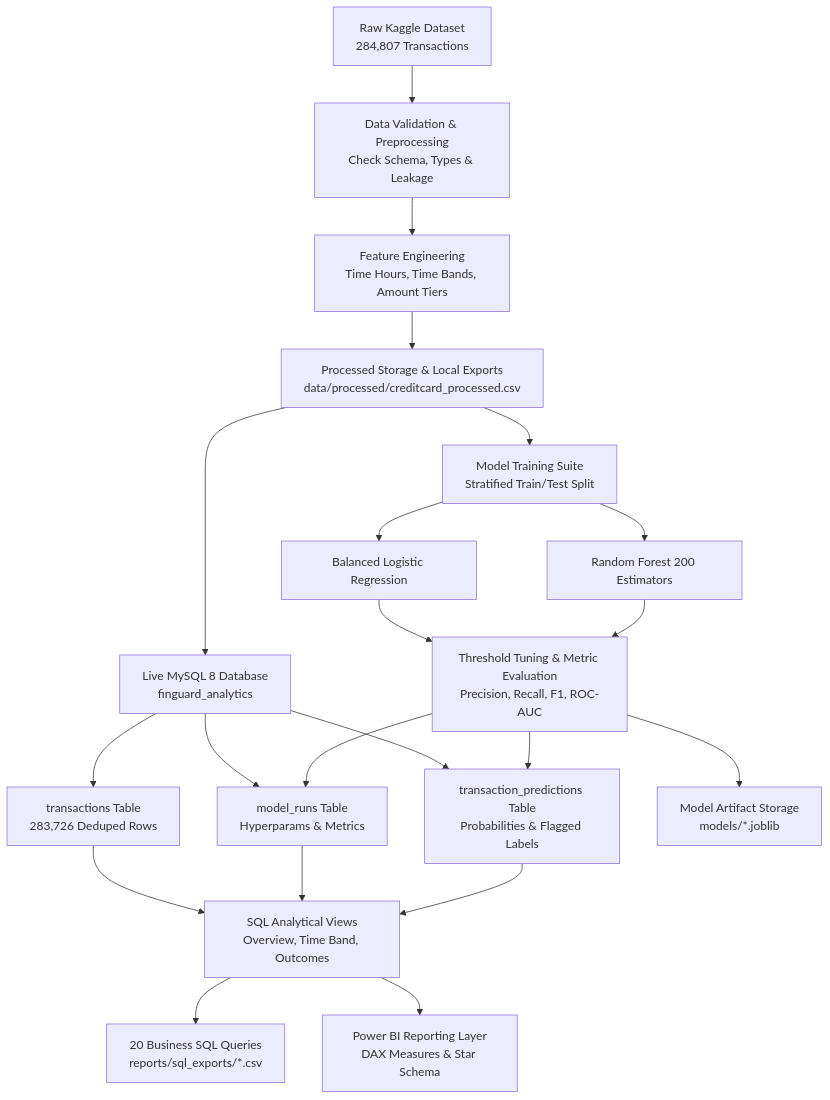
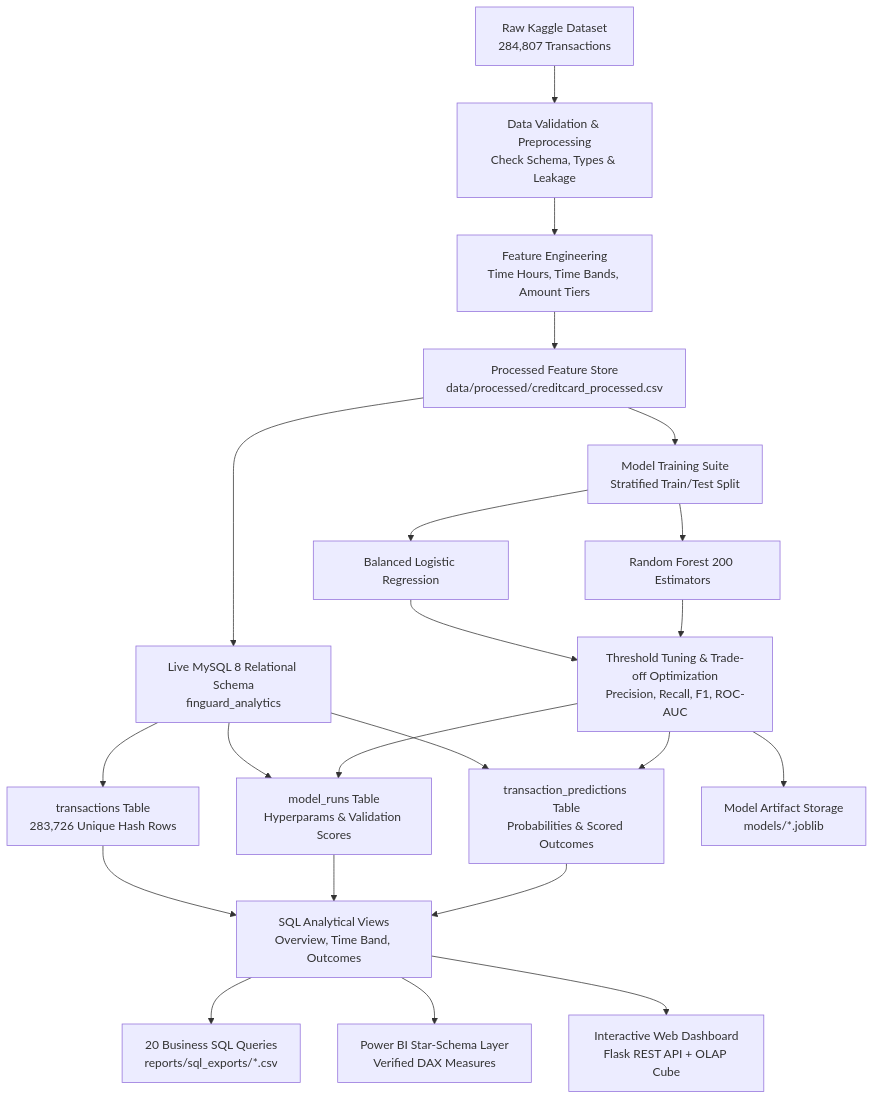
Before and after one commit to nayanaastakar/Banking-Fraud-Detection-Financial-Risk-Analytics-Platform: the diagram in README.md, drawn with Mermaid. The commit also changed other lines of this file and 5 other files, not shown here.

````diff
--- a/README.md
+++ b/README.md
@@ -86,23 +115,24 @@
 ```mermaid
 flowchart TD
     A[Raw Kaggle Dataset\n284,807 Transactions] --> B[Data Validation & Preprocessing\nCheck Schema, Types & Leakage]
     B --> C[Feature Engineering\nTime Hours, Time Bands, Amount Tiers]
-    C --> D[Processed Storage & Local Exports\ndata/processed/creditcard_processed.csv]
+    C --> D[Processed Feature Store\ndata/processed/creditcard_processed.csv]
     
-    D --> E[Live MySQL 8 Database\nfinguard_analytics]
-    E --> E1[transactions Table\n283,726 Deduped Rows]
-    E --> E2[model_runs Table\nHyperparams & Metrics]
-    E --> E3[transaction_predictions Table\nProbabilities & Flagged Labels]
+    D --> E[Live MySQL 8 Relational Schema\nfinguard_analytics]
+    E --> E1[transactions Table\n283,726 Unique Hash Rows]
+    E --> E2[model_runs Table\nHyperparams & Validation Scores]
+    E --> E3[transaction_predictions Table\nProbabilities & Scored Outcomes]
     
     D --> F[Model Training Suite\nStratified Train/Test Split]
     F --> F1[Balanced Logistic Regression]
     F --> F2[Random Forest 200 Estimators]
-    F1 & F2 --> G[Threshold Tuning & Metric Evaluation\nPrecision, Recall, F1, ROC-AUC]
+    F1 & F2 --> G[Threshold Tuning & Trade-off Optimization\nPrecision, Recall, F1, ROC-AUC]
     G --> H[Model Artifact Storage\nmodels/*.joblib]
     G --> E2
     G --> E3
     
     E1 & E2 & E3 --> I[SQL Analytical Views\nOverview, Time Band, Outcomes]
     I --> J[20 Business SQL Queries\nreports/sql_exports/*.csv]
-    I --> K[Power BI Reporting Layer\nDAX Measures & Star Schema]
+    I --> K[Power BI Star-Schema Layer\nVerified DAX Measures]
+    I --> L[Interactive Web Dashboard\nFlask REST API + OLAP Cube]
 ```
````
